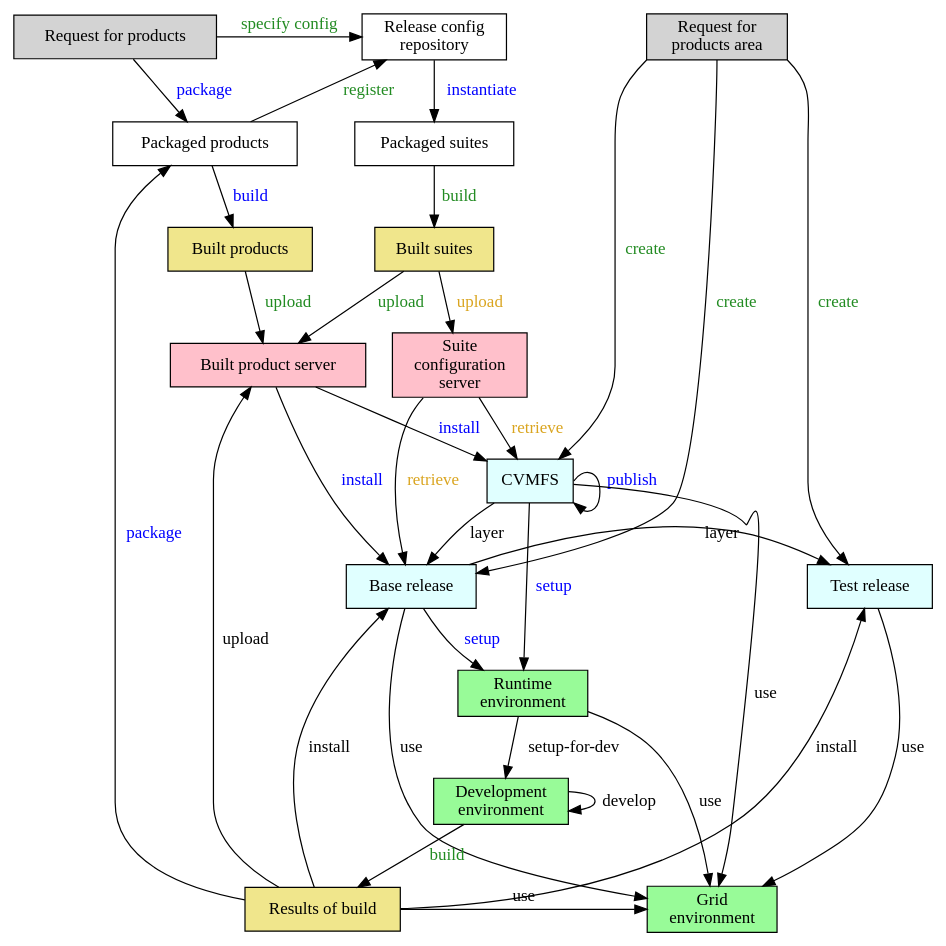
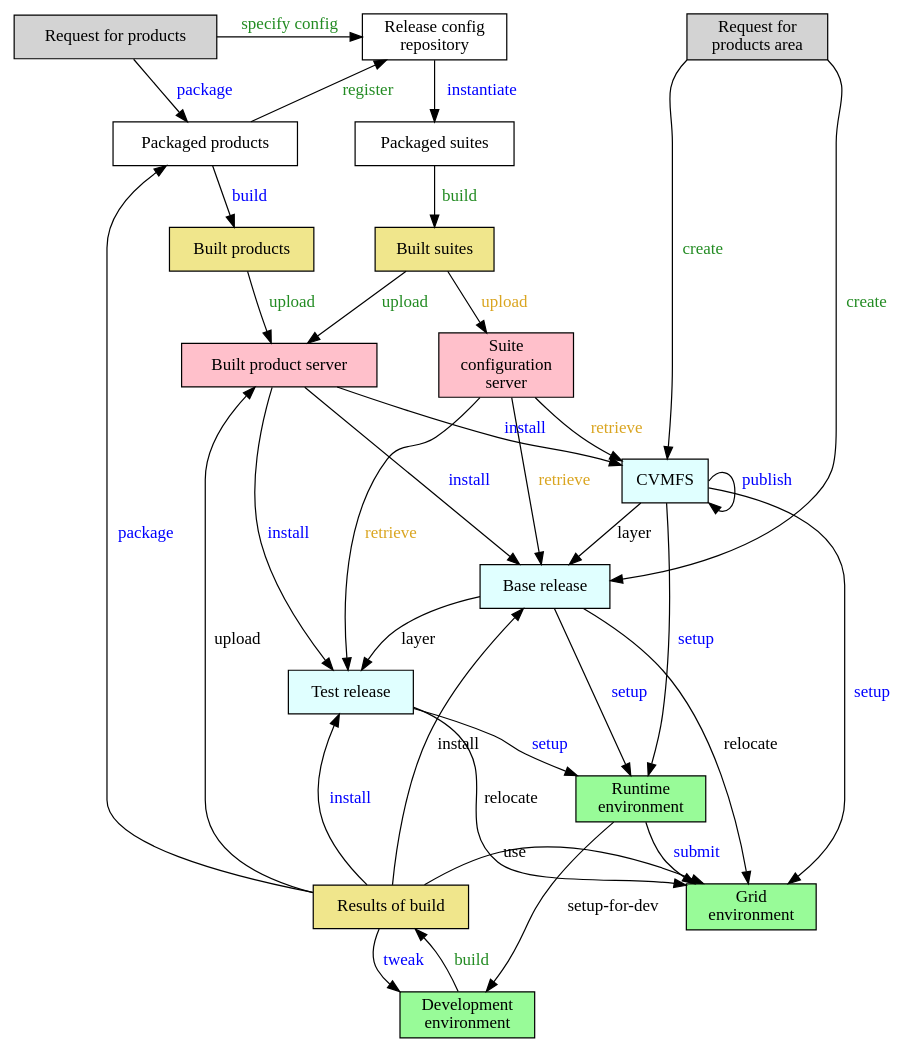
One commit to marcpaterno/spack_retreat changed the diagram in spack.gv. Above: the diagram before and after it, drawn with Graphviz.

Commit message:
More further tweaks.

```diff
--- a/spack.gv
+++ b/spack.gv
@@ -1,62 +1,63 @@
 digraph test {
 
   node [shape="rectangle"]
   nodesep=0.3
 
   request [label="Request for products", style=filled, fillcolor=lightgray]
   request_for_products_area [label="Request for\nproducts area", style=filled, fillcolor=lightgray]
   packaged_products [label="Packaged products"]
   scisoft [label="Built product server", style=filled, fillcolor=pink]
   suite_config_server [label="Suite\nconfiguration\nserver", style=filled, fillcolor=pink]
   build [label="Built products", style=filled, fillcolor=khaki]
   built_env [label="Built suites", style=filled, fillcolor=khaki]
   packaged_suites [label="Packaged suites"]
   release_config [label="Release config\nrepository"]
   developed [label="Results of build", style=filled, fillcolor=khaki]
   local_install [label="Base release", style=filled, fillcolor=lightcyan]
   test_release [label="Test release", style=filled, fillcolor=lightcyan]
   CVMFS [style=filled, fillcolor=lightcyan]
   runtime [label="Runtime\nenvironment", style=filled, fillcolor=palegreen]
   grid [label="Grid\nenvironment", style=filled, fillcolor=palegreen]
   development [label="Development\nenvironment", style=filled, fillcolor=palegreen]
 
   { rank = same; developed; grid }
   { rank = same; packaged_products; packaged_suites }
-  { rank = same; test_release; local_install; }
   { rank = same; suite_config_server; scisoft}
   { rank = same; request; release_config; request_for_products_area }
 
-  CVMFS -> grid [label=" use", fontcolor=black]
+  CVMFS -> grid [label=" setup", fontcolor=blue]
   CVMFS -> runtime [label=" setup", fontcolor=blue]
   CVMFS -> local_install [label="layer", fontcolor=black]
   CVMFS:e -> CVMFS:se [label="publish", fontcolor=blue]
   build -> scisoft [label=" upload", fontcolor=forestgreen]
-  local_install -> grid [label=" use", fontcolor=black]
+  local_install -> grid [label=" relocate", fontcolor=black]
   local_install -> runtime [label=" setup", fontcolor=blue]
   local_install -> test_release[label="layer", fontcolor=black]
   packaged_products -> build [label=" build", fontcolor=blue]
   packaged_products -> release_config [label="register", fontcolor=forestgreen]
   packaged_suites -> built_env [label=" build", fontcolor=forestgreen]
   built_env -> scisoft [label="upload", fontcolor=forestgreen]
   built_env -> suite_config_server [label=" upload", fontcolor=goldenrod]
   release_config -> packaged_suites [label = "instantiate", fontcolor=blue]
   request -> packaged_products [label="package", fontcolor=blue]
   request -> release_config [label="specify config", fontcolor=forestgreen]
   request_for_products_area:sw -> CVMFS [label=" create", fontcolor=forestgreen]
-  request_for_products_area:s -> local_install [label=" create", fontcolor=forestgreen]
-  request_for_products_area:se -> test_release [label=" create", fontcolor=forestgreen]
+  request_for_products_area:se -> local_install [label=" create", fontcolor=forestgreen]
   scisoft -> CVMFS [label="install", fontcolor=blue]
   scisoft -> local_install [label="install", fontcolor=blue]
+  scisoft -> test_release [label="install", fontcolor=blue]
   suite_config_server -> CVMFS [label="retrieve", fontcolor=goldenrod]
   suite_config_server -> local_install [label="retrieve", fontcolor=goldenrod]
-  test_release -> grid [label="use", fontcolor=black]
+  suite_config_server -> test_release [label="retrieve", fontcolor=goldenrod]
+  test_release -> grid [label="relocate", fontcolor=black]
+  test_release -> runtime [label="setup", fontcolor=blue]
   runtime -> development [label=" setup-for-dev", fontcolor=black]
-  runtime -> grid [label="use", fontcolor=black]
-  development -> development [label="develop", fontcolor=develop]
+  runtime -> grid [label="submit", fontcolor=blue]
   development -> developed [label=" build", fontcolor=forestgreen]
+  developed -> development [label="tweak", fontcolor=blue]
   developed -> local_install [label=" install", fontcolor=black]
   developed -> grid [label="use", fontcolor=black]
   developed -> scisoft [label=" upload", fontcolor=black]
   developed -> packaged_products [label=" package", fontcolor=blue]
-  developed -> test_release [label="install", fontcolor=black]
+  developed -> test_release [label="install", fontcolor=blue]
 }
```
